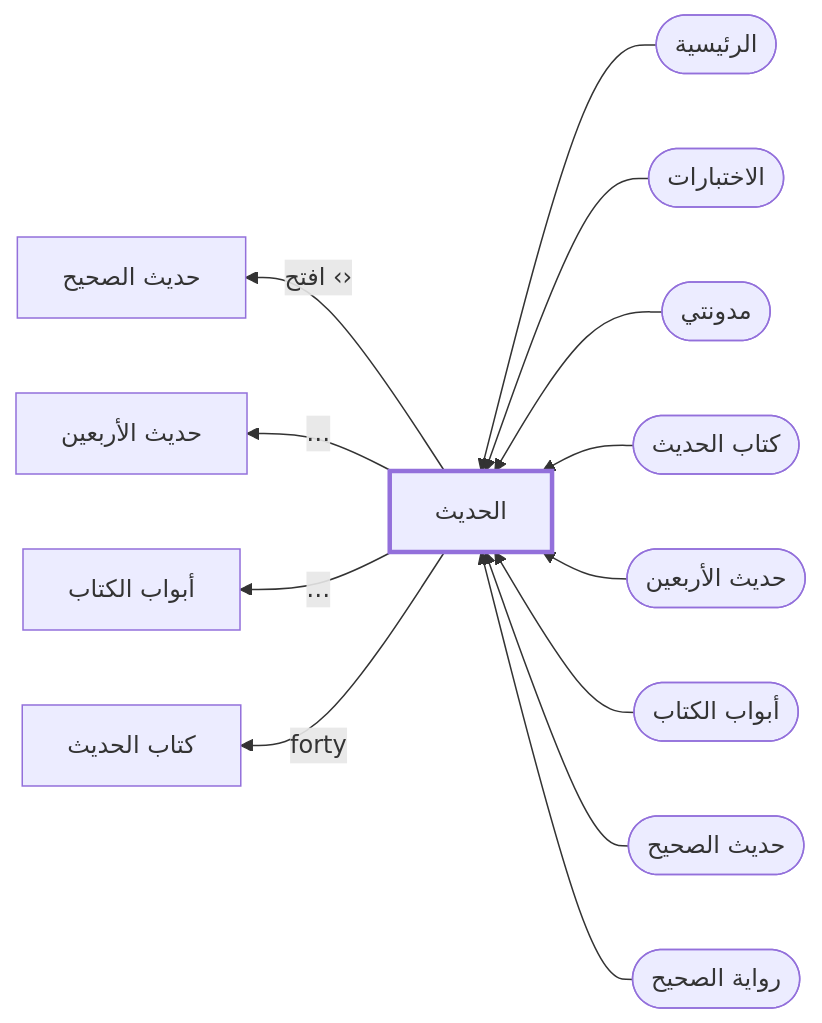
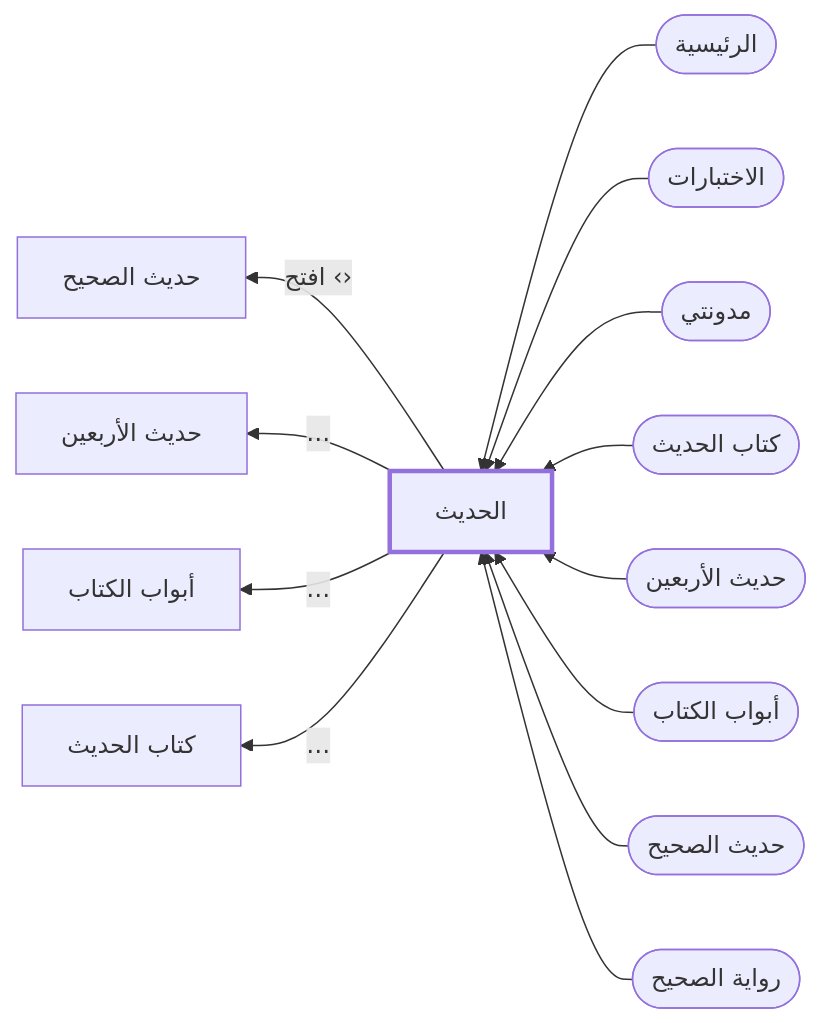
Before and after one commit to msskzx/namaq: the diagram in docs/feature-map/hadith.md, drawn with Mermaid. The commit also changed other lines of this file and 6 other files, not shown here.

````diff
--- a/docs/feature-map/hadith.md
+++ b/docs/feature-map/hadith.md
@@ -5,17 +5,17 @@
 ```mermaid
 flowchart RL
   me["الحديث"]
   style me stroke-width:3px
   in0(["الرئيسية"]) --> me
   in1(["الاختبارات"]) --> me
   in2(["مدونتي"]) --> me
   in3(["كتاب الحديث"]) --> me
   in4(["حديث الأربعين"]) --> me
   in5(["أبواب الكتاب"]) --> me
   in6(["حديث الصحيح"]) --> me
   in7(["رواية الصحيح"]) --> me
   me -- "افتح ‹›" --> out0["حديث الصحيح"]
   me -- "…" --> out1["حديث الأربعين"]
   me -- "…" --> out2["أبواب الكتاب"]
-  me -- "forty" --> out3["كتاب الحديث"]
+  me -- "…" --> out3["كتاب الحديث"]
 ```
````
